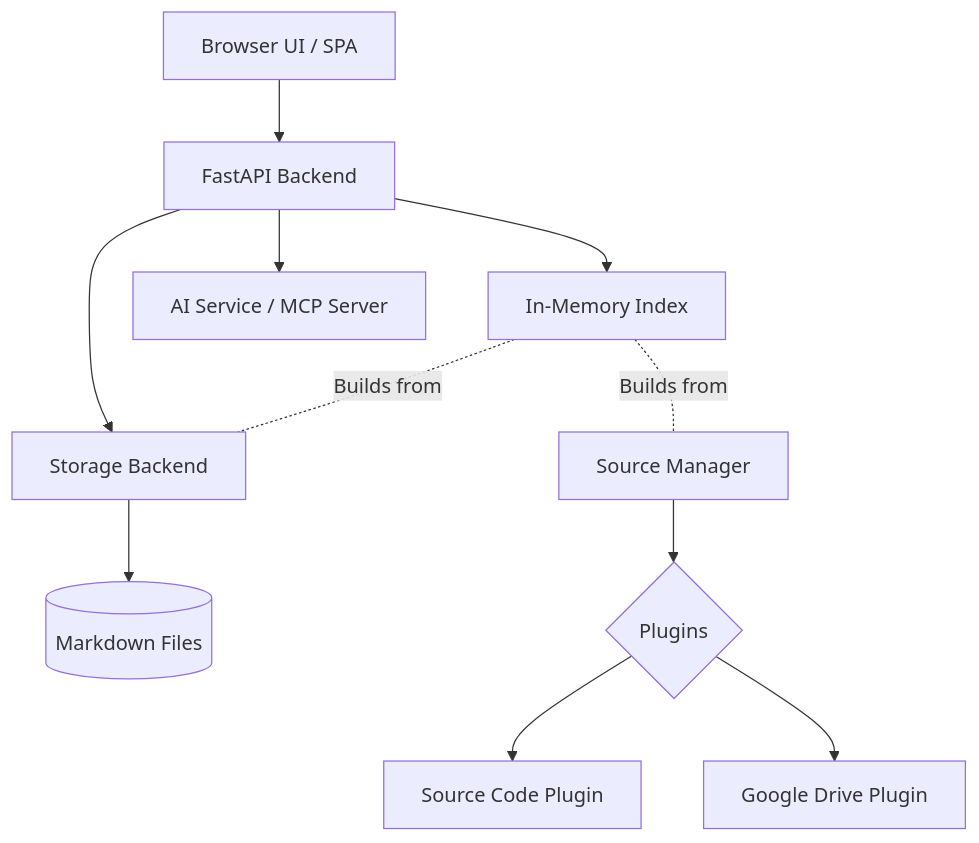
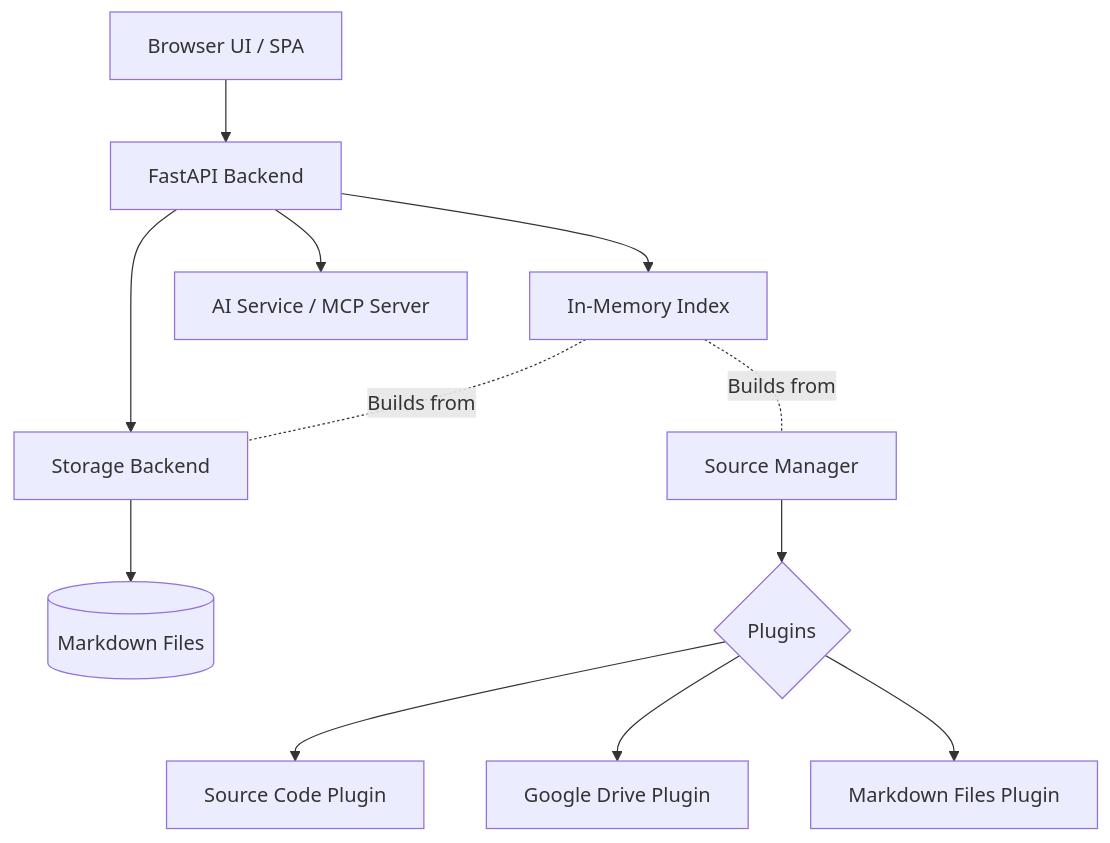
Before and after one commit to inckie/WikiKnowledge: the diagram in knowledge/categories/system-architecture.md, drawn with Mermaid. The commit also changed other lines of this file, not shown here.

````diff
--- a/knowledge/categories/system-architecture.md
+++ b/knowledge/categories/system-architecture.md
@@ -22,16 +22,17 @@
 ```mermaid
 flowchart TD
     Client[Browser UI / SPA] --> API[FastAPI Backend]
     API --> Index[In-Memory Index]
     API --> Storage[Storage Backend]
     API --> AIService[AI Service / MCP Server]
     
     Storage --> FS[(Markdown Files)]
     
     Index -. Builds from .- Storage
     Index -. Builds from .- SourceMgr[Source Manager]
     
     SourceMgr --> Plugins{Plugins}
     Plugins --> SourceCode[Source Code Plugin]
     Plugins --> GDrive[Google Drive Plugin]
+    Plugins --> Markdown[Markdown Files Plugin]
 ```
````
